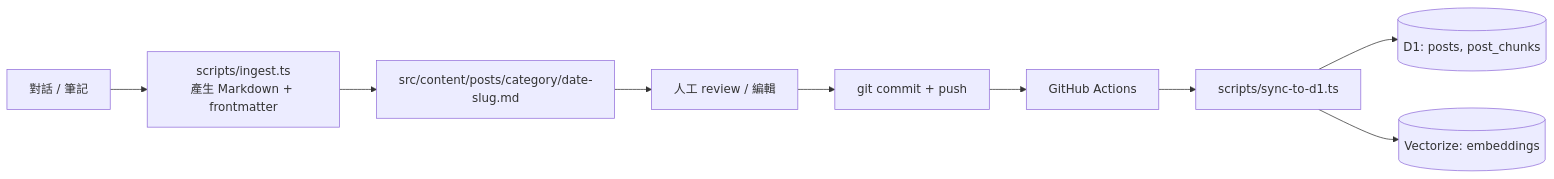
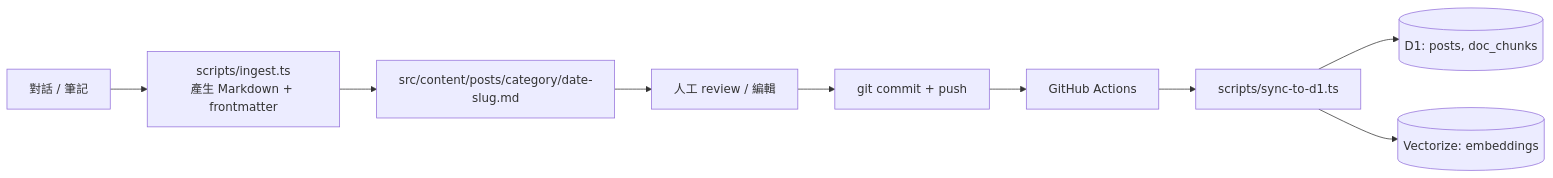
The first of 2 diagrams in docs/ingest.md (a920604a/engineernews), drawn with Mermaid before and after one commit. The commit also changed other lines of this file and 2 other files, not shown here.

````diff
--- a/docs/ingest.md
+++ b/docs/ingest.md
@@ -5,11 +5,11 @@
 ```mermaid
 flowchart LR
   Conv[對話 / 筆記] --> Ingest[scripts/ingest.ts<br/>產生 Markdown + frontmatter]
   Ingest --> MD[src/content/posts/category/date-slug.md]
   MD --> Review[人工 review / 編輯]
   Review --> Commit[git commit + push]
   Commit --> CI[GitHub Actions]
   CI --> Sync[scripts/sync-to-d1.ts]
-  Sync --> D1[(D1: posts, post_chunks)]
+  Sync --> D1[(D1: posts, doc_chunks)]
   Sync --> Vec[(Vectorize: embeddings)]
 ```
````
